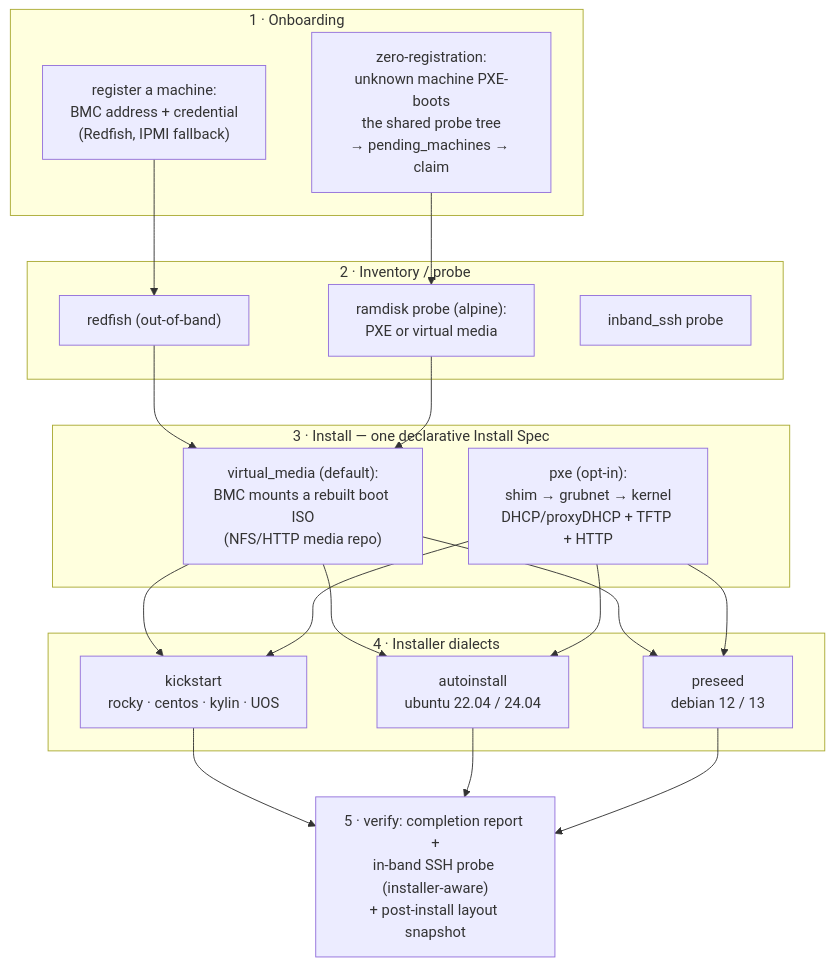
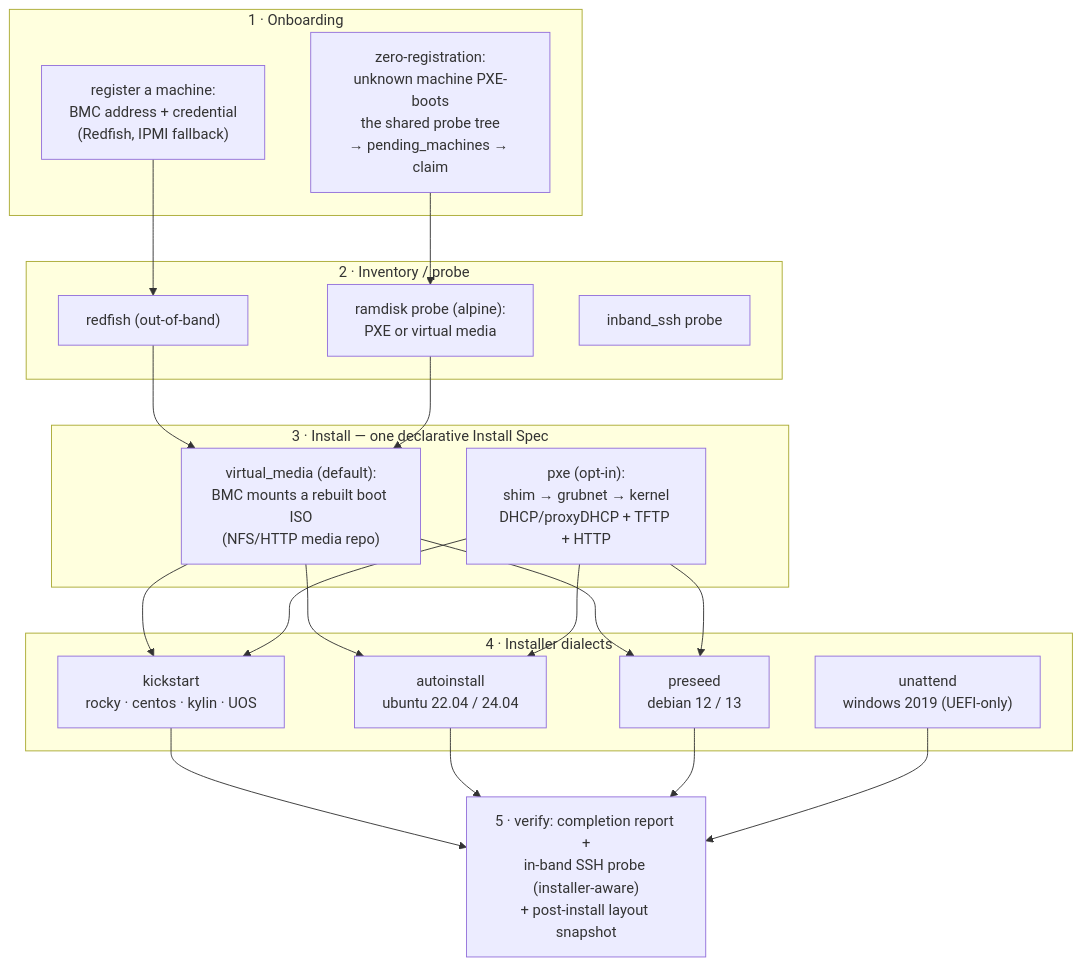
Before and after one commit to 3th1nk/mammoth: the first of 2 diagrams in README.md, drawn with Mermaid. The commit also changed other lines of this file and 2 other files, not shown here.

First line of the commit message:
docs: README 双语与 06-install-pipeline 的发行版描述更新至 windows2019 v1

````diff
--- a/README.md
+++ b/README.md
@@ -48,35 +48,37 @@
 ```mermaid
 flowchart TD
     subgraph ON["1 · Onboarding"]
         reg["register a machine:<br/>BMC address + credential<br/>(Redfish, IPMI fallback)"]
         zr["zero-registration:<br/>unknown machine PXE-boots<br/>the shared probe tree<br/>→ pending_machines → claim"]
     end
     subgraph INV["2 · Inventory / probe"]
         rf["redfish (out-of-band)"]
         ram["ramdisk probe (alpine):<br/>PXE or virtual media"]
         ish["inband_ssh probe"]
     end
     subgraph INS["3 · Install — one declarative Install Spec"]
         vm["virtual_media (default):<br/>BMC mounts a rebuilt boot ISO<br/>(NFS/HTTP media repo)"]
         pxe["pxe (opt-in):<br/>shim → grubnet → kernel<br/>DHCP/proxyDHCP + TFTP + HTTP"]
     end
     subgraph DIA["4 · Installer dialects"]
         ks["kickstart<br/>rocky · centos · kylin · UOS"]
         ai["autoinstall<br/>ubuntu 22.04 / 24.04"]
         ps["preseed<br/>debian 12 / 13"]
+        wu["unattend<br/>windows 2019 (UEFI-only)"]
     end
     ver["5 · verify: completion report +<br/>in-band SSH probe (installer-aware)<br/>+ post-install layout snapshot"]
     reg --> rf
     zr --> ram
     rf --> vm
     ram --> vm
     vm --> ks
     vm --> ai
     vm --> ps
     pxe --> ks
     pxe --> ai
     pxe --> ps
     ks --> ver
     ai --> ver
     ps --> ver
+    wu --> ver
 ```
````
